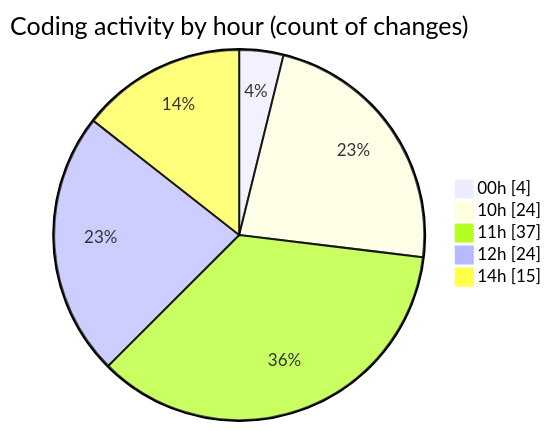
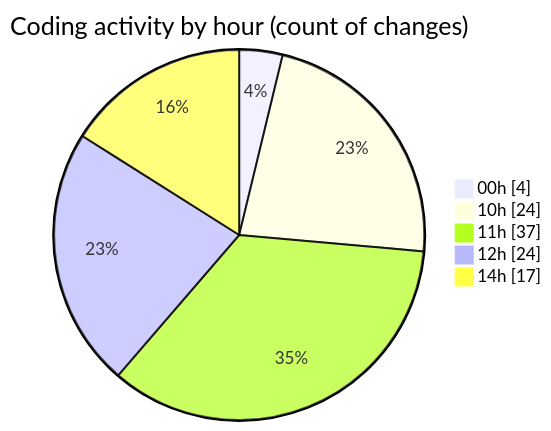
The second of 2 diagrams in 2025-04-04/back-end/README.md (Netris89/code-tracking), drawn with Mermaid before and after one commit. The commit also changed other lines of this file and 1 other file, not shown here.

````diff
--- a/2025-04-04/back-end/README.md
+++ b/2025-04-04/back-end/README.md
@@ -44,9 +44,9 @@
 ```mermaid
 pie showData
 title Coding activity by hour (count of changes)
 "00h" : 4
 "10h" : 24
 "11h" : 37
 "12h" : 24
-"14h" : 15
+"14h" : 17
 ```
````
